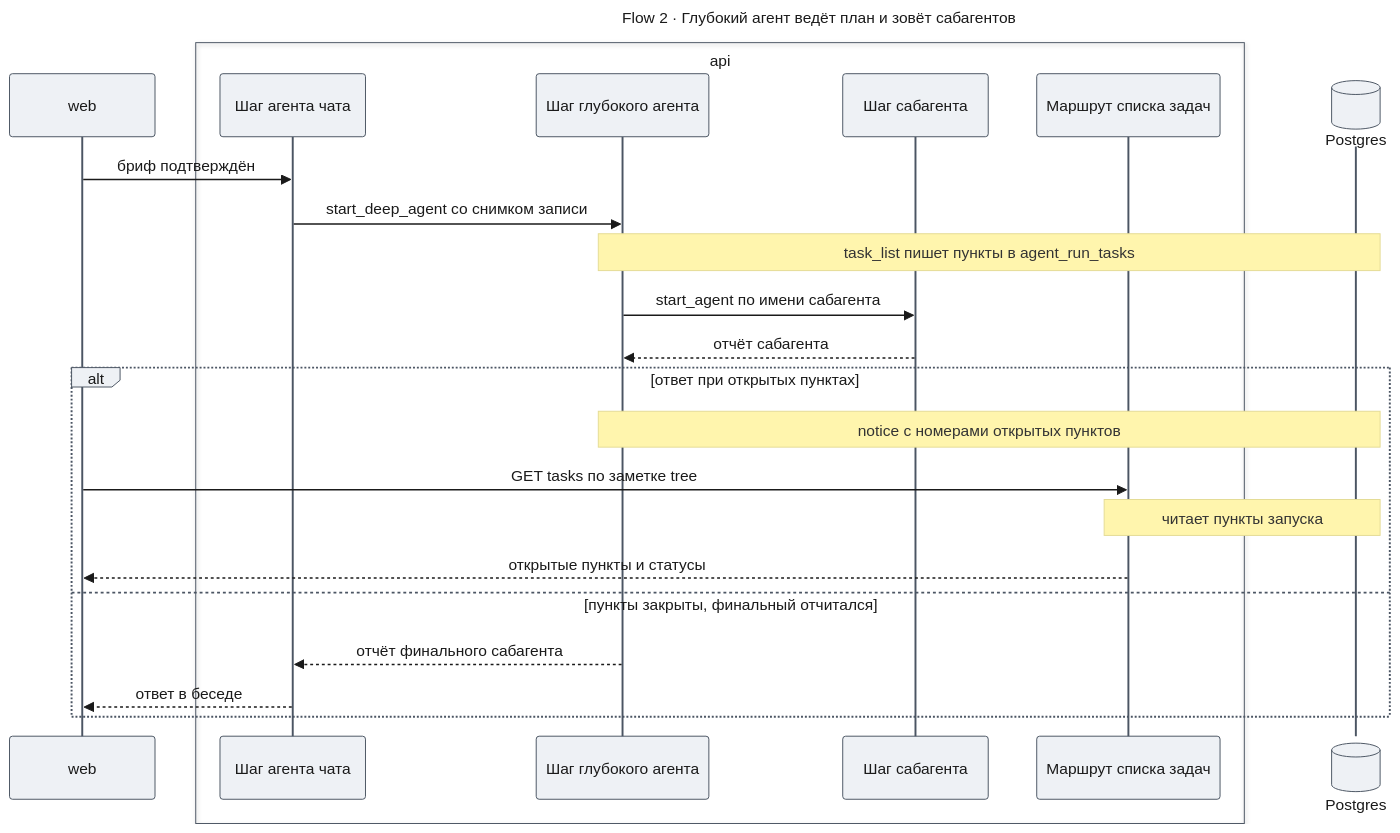
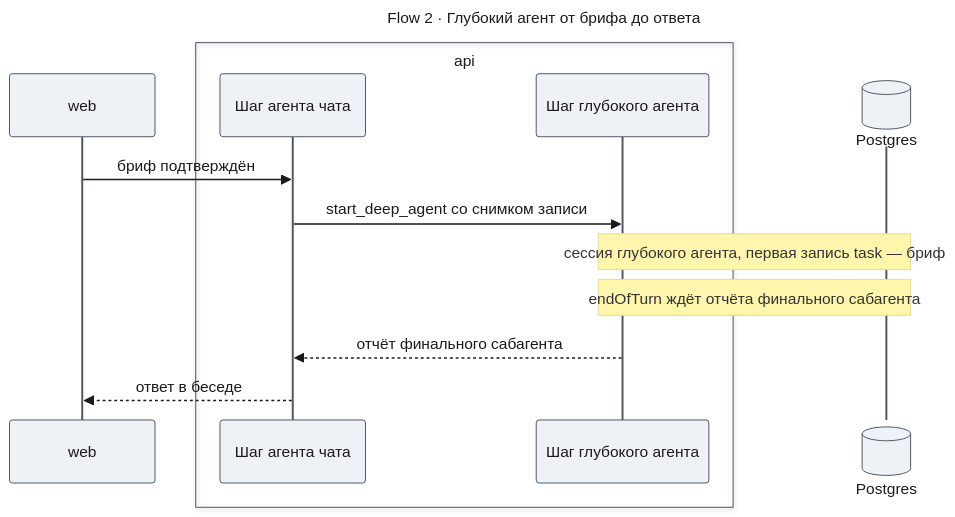
One commit to tundraray/agent-os changed the fifth of 5 diagrams in docs/features/deep-agents/design-agent-types.md. Above: the diagram before and after it, drawn with Mermaid. The commit also changed other lines of this file and 7 other files, not shown here.

Commit message:
docs(deep-agents): reduce the part designs and ADR-0021 to the target architecture

````diff
--- a/docs/features/deep-agents/design-agent-types.md
+++ b/docs/features/deep-agents/design-agent-types.md
@@ -517,47 +380,33 @@
 ```mermaid
 ---
-title: "Flow 2 · Глубокий агент ведёт план и зовёт сабагентов"
+title: "Flow 2 · Глубокий агент от брифа до ответа"
 config:
   theme: base
   look: classic
   themeVariables:
     primaryColor: "#eef1f5"
     primaryBorderColor: "#4b5563"
     primaryTextColor: "#1a1a1a"
     lineColor: "#6b7280"
   themeCSS: |
-    @keyframes lit_f2{0%,11.25%{stroke:#991b1b;stroke-width:6px}12.5%,100%{stroke:#37474f;stroke-width:2px}}
-    @keyframes litr_f2{0%,11.25%{stroke:#1d4ed8;stroke-width:6px}12.5%,100%{stroke:#37474f;stroke-width:2px}}
-    .messageLine0[data-id='i0'],.messageLine1[data-id='i0']{animation:lit_f2 9.6s linear 0s infinite}
-    .messageLine0[data-id='i1'],.messageLine1[data-id='i1']{animation:lit_f2 9.6s linear 1.2s infinite}
-    .messageLine0[data-id='i3'],.messageLine1[data-id='i3']{animation:lit_f2 9.6s linear 2.4s infinite}
-    .messageLine0[data-id='i4'],.messageLine1[data-id='i4']{animation:litr_f2 9.6s linear 3.6s infinite}
-    .messageLine0[data-id='i7'],.messageLine1[data-id='i7']{animation:litr_f2 9.6s linear 4.8s infinite}
-    .messageLine0[data-id='i9'],.messageLine1[data-id='i9']{animation:litr_f2 9.6s linear 6s infinite}
-    .messageLine0[data-id='i11'],.messageLine1[data-id='i11']{animation:litr_f2 9.6s linear 7.2s infinite}
-    .messageLine0[data-id='i12'],.messageLine1[data-id='i12']{animation:litr_f2 9.6s linear 8.4s infinite}
+    @keyframes lit_f2{0%,22.5%{stroke:#991b1b;stroke-width:6px}25%,100%{stroke:#37474f;stroke-width:2px}}
+    @keyframes litr_f2{0%,22.5%{stroke:#1d4ed8;stroke-width:6px}25%,100%{stroke:#37474f;stroke-width:2px}}
+    .messageLine0[data-id='i0'],.messageLine1[data-id='i0']{animation:lit_f2 4.8s linear 0s infinite}
+    .messageLine0[data-id='i1'],.messageLine1[data-id='i1']{animation:lit_f2 4.8s linear 1.2s infinite}
+    .messageLine0[data-id='i4'],.messageLine1[data-id='i4']{animation:litr_f2 4.8s linear 2.4s infinite}
+    .messageLine0[data-id='i5'],.messageLine1[data-id='i5']{animation:litr_f2 4.8s linear 3.6s infinite}
 ---
 sequenceDiagram
     participant W as web
     box api
     participant C as Шаг агента чата
     participant D as Шаг глубокого агента
-    participant X as Шаг сабагента
-    participant R as Маршрут списка задач
     end
     participant DB@{ "type": "database" } as Postgres
     W->>C: бриф подтверждён
     C->>D: start_deep_agent со снимком записи
-    Note over D,DB: task_list пишет пункты в agent_run_tasks
-    D->>X: start_agent по имени сабагента
-    X-->>D: отчёт сабагента
-    alt ответ при открытых пунктах
-        Note over D,DB: notice с номерами открытых пунктов
-        W->>R: GET tasks по заметке tree
-        Note over R,DB: читает пункты запуска
-        R-->>W: открытые пункты и статусы
-    else пункты закрыты, финальный отчитался
-        D-->>C: отчёт финального сабагента
-        C-->>W: ответ в беседе
-    end
+    Note over D,DB: сессия глубокого агента, первая запись task — бриф
+    Note over D,DB: endOfTurn ждёт отчёта финального сабагента
+    D-->>C: отчёт финального сабагента
+    C-->>W: ответ в беседе
 ```
````
